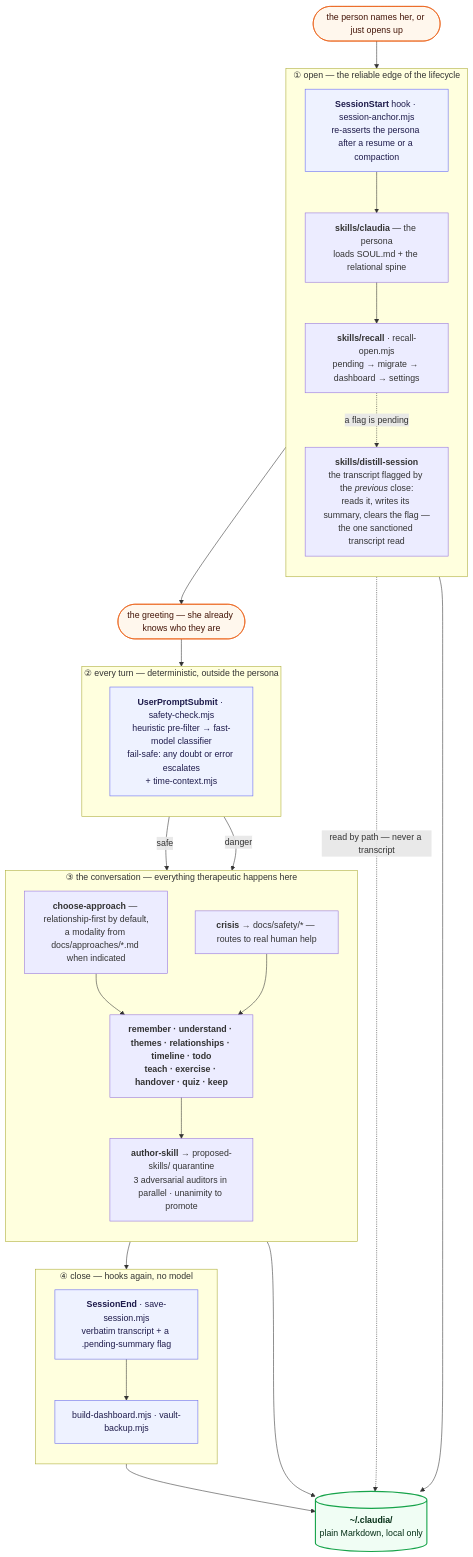
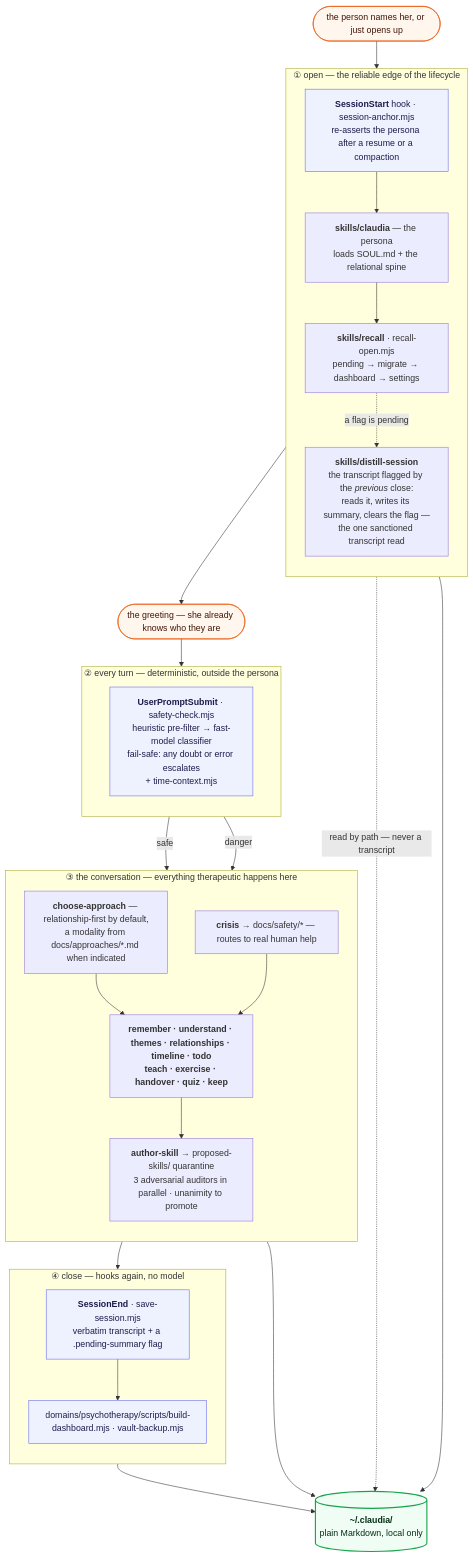
Before and after one commit to abernier/claudia: the diagram in docs/ARCHITECTURE.md, drawn with Mermaid. The commit also changed other lines of this file and 119 other files, not shown here.

````diff
--- a/docs/ARCHITECTURE.md
+++ b/docs/ARCHITECTURE.md
@@ -13,60 +13,60 @@
 ```mermaid
 flowchart TB
   P(["the person names her, or just opens up"])
 
   subgraph OPEN["① open — the reliable edge of the lifecycle"]
     direction TB
     A["<b>SessionStart</b> hook · session-anchor.mjs<br/>re-asserts the persona after a resume or a compaction"]
     S["<b>skills/claudia</b> — the persona<br/>loads SOUL.md + the relational spine"]
     R["<b>skills/recall</b> · recall-open.mjs<br/>pending → migrate → dashboard → settings"]
     D["<b>skills/distill-session</b><br/>the transcript flagged by the <i>previous</i> close:<br/>reads it, writes its summary, clears the flag —<br/>the one sanctioned transcript read"]
   end
 
   G(["the greeting — she already knows who they are"])
 
   subgraph TURN["② every turn — deterministic, outside the persona"]
     direction TB
     H["<b>UserPromptSubmit</b> · safety-check.mjs<br/>heuristic pre-filter → fast-model classifier<br/>fail-safe: any doubt or error escalates<br/>+ time-context.mjs"]
   end
 
   subgraph TALK["③ the conversation — everything therapeutic happens here"]
     direction TB
     CA["<b>choose-approach</b> — relationship-first by default,<br/>a modality from docs/approaches/*.md when indicated"]
     CR["<b>crisis</b> → docs/safety/* — routes to real human help"]
     WR["<b>remember · understand · themes · relationships · timeline · todo</b><br/><b>teach · exercise · handover · quiz · keep</b>"]
     AU["<b>author-skill</b> → proposed-skills/ quarantine<br/>3 adversarial auditors in parallel · unanimity to promote"]
   end
 
   subgraph CLOSE["④ close — hooks again, no model"]
     direction TB
     SV["<b>SessionEnd</b> · save-session.mjs<br/>verbatim transcript + a .pending-summary flag"]
-    BB["build-dashboard.mjs · vault-backup.mjs"]
+    BB["domains/psychotherapy/scripts/build-dashboard.mjs · vault-backup.mjs"]
   end
 
   V[("<b>~/.claudia/</b><br/>plain Markdown, local only")]
 
   P --> A
   A --> S
   S --> R
   R --> G
   G --> H
   H -->|"safe"| CA
   H -->|"danger"| CR
   CA --> WR
   CR --> WR
   WR --> AU
   WR --> SV
   SV --> BB
   R -.->|"a flag is pending"| D
   R -.->|"read by path — never a transcript"| V
   D --> V
   WR --> V
   BB --> V
 
   classDef code fill:#eef2ff,stroke:#6366f1,color:#1e1b4b
   classDef vault fill:#f0fdf4,stroke:#16a34a,stroke-width:2px,color:#052e16
   classDef human fill:#fff7ed,stroke:#ea580c,color:#431407
   class A,H,SV,BB code
   class V vault
   class P,G human
 ```
````
